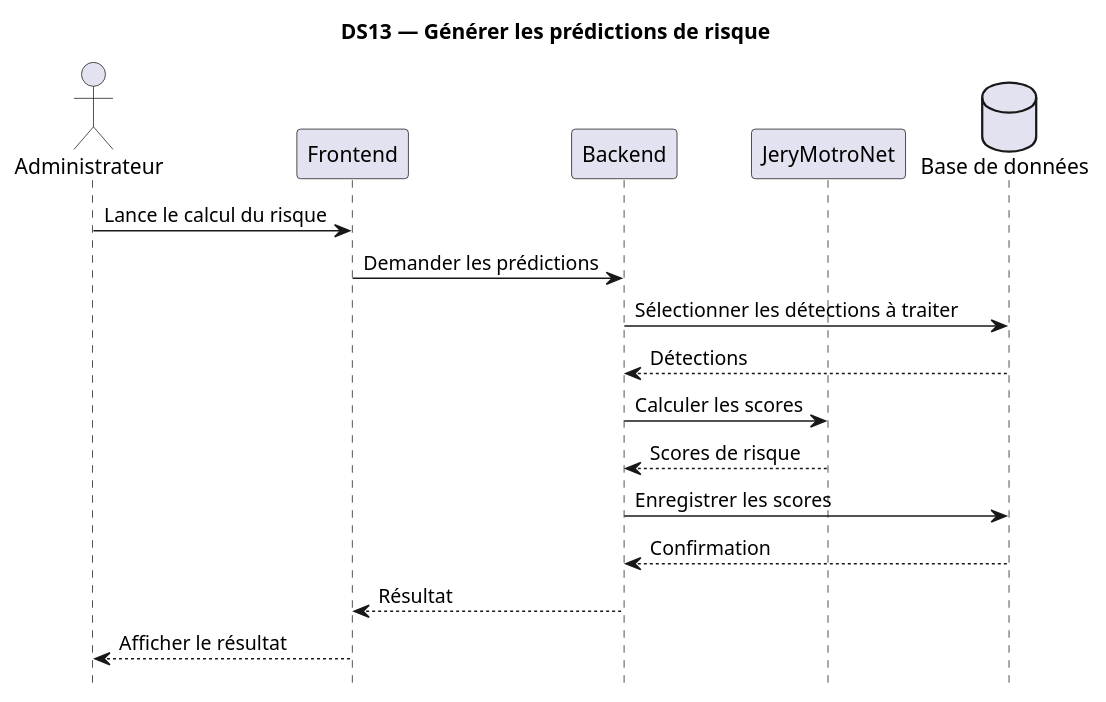
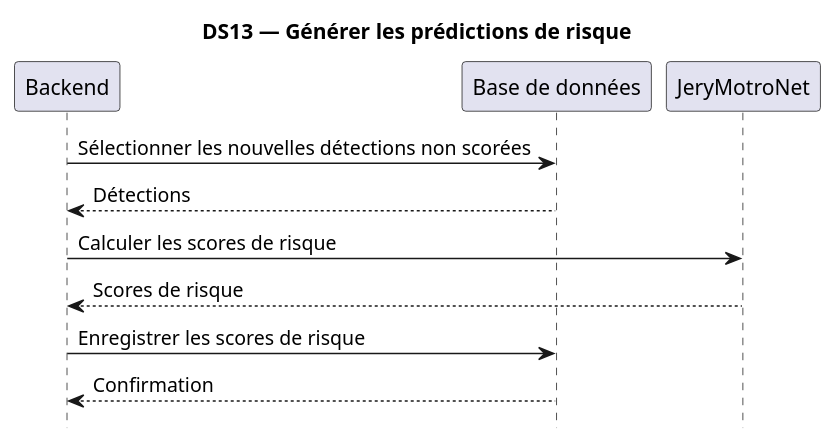
One commit to TkAbeleon/NoteAcemiqueProjetSoutenanceL3 changed the diagram in UML_JeryMotro/DS13_Generer_predictions_risque.plantuml. Above: the diagram before and after it, drawn with PlantUML.

Commit message:
Aligner DS13 sur le pipeline automatique après collecte

```diff
--- a/UML_JeryMotro/DS13_Generer_predictions_risque.plantuml
+++ b/UML_JeryMotro/DS13_Generer_predictions_risque.plantuml
@@ -1,24 +1,18 @@
 @startuml
 
 title DS13 — Générer les prédictions de risque
 hide footbox
 skinparam shadowing false
 
-actor "Administrateur" as A
-participant "Frontend" as F
 participant "Backend" as B
+participant "Base de données" as DB
 participant "JeryMotroNet" as ML
-database "Base de données" as DB
 
-A -> F : Lance le calcul du risque
-F -> B : Demander les prédictions
-B -> DB : Sélectionner les détections à traiter
+B -> DB : Sélectionner les nouvelles détections non scorées
 DB --> B : Détections
-B -> ML : Calculer les scores
+B -> ML : Calculer les scores de risque
 ML --> B : Scores de risque
-B -> DB : Enregistrer les scores
+B -> DB : Enregistrer les scores de risque
 DB --> B : Confirmation
-B --> F : Résultat
-F --> A : Afficher le résultat
 
 @enduml
```
